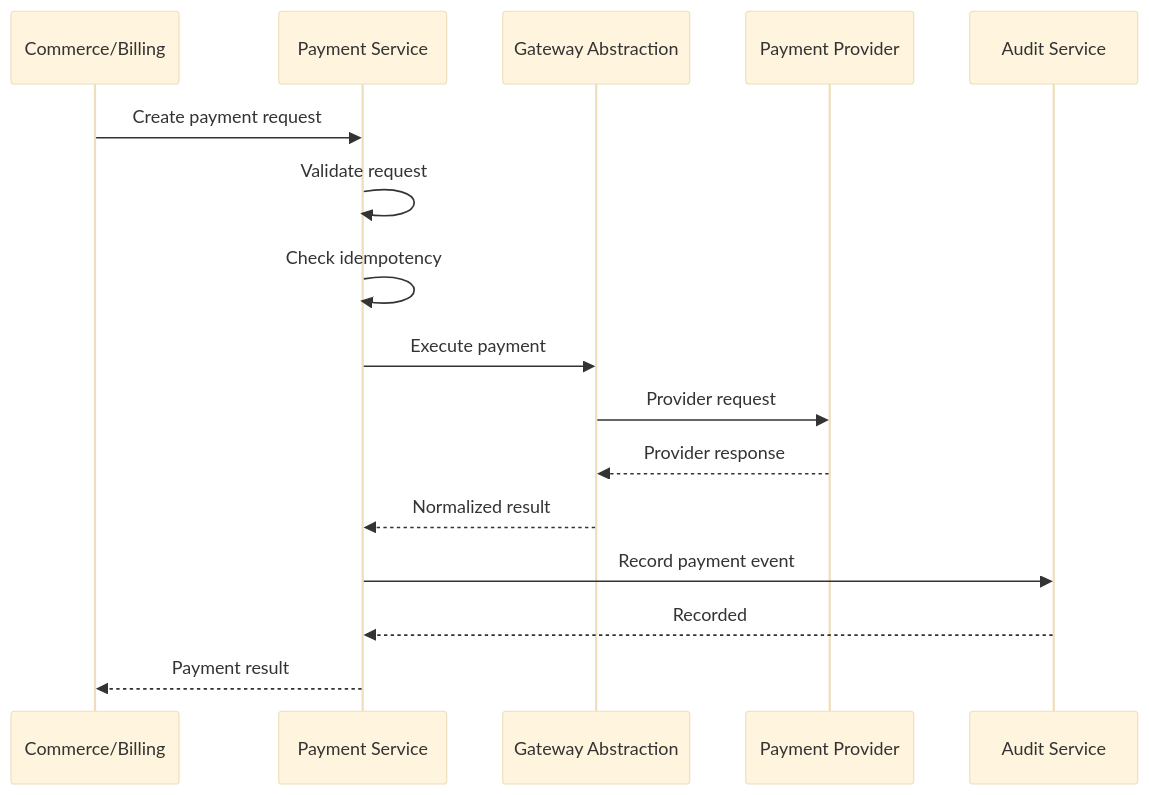
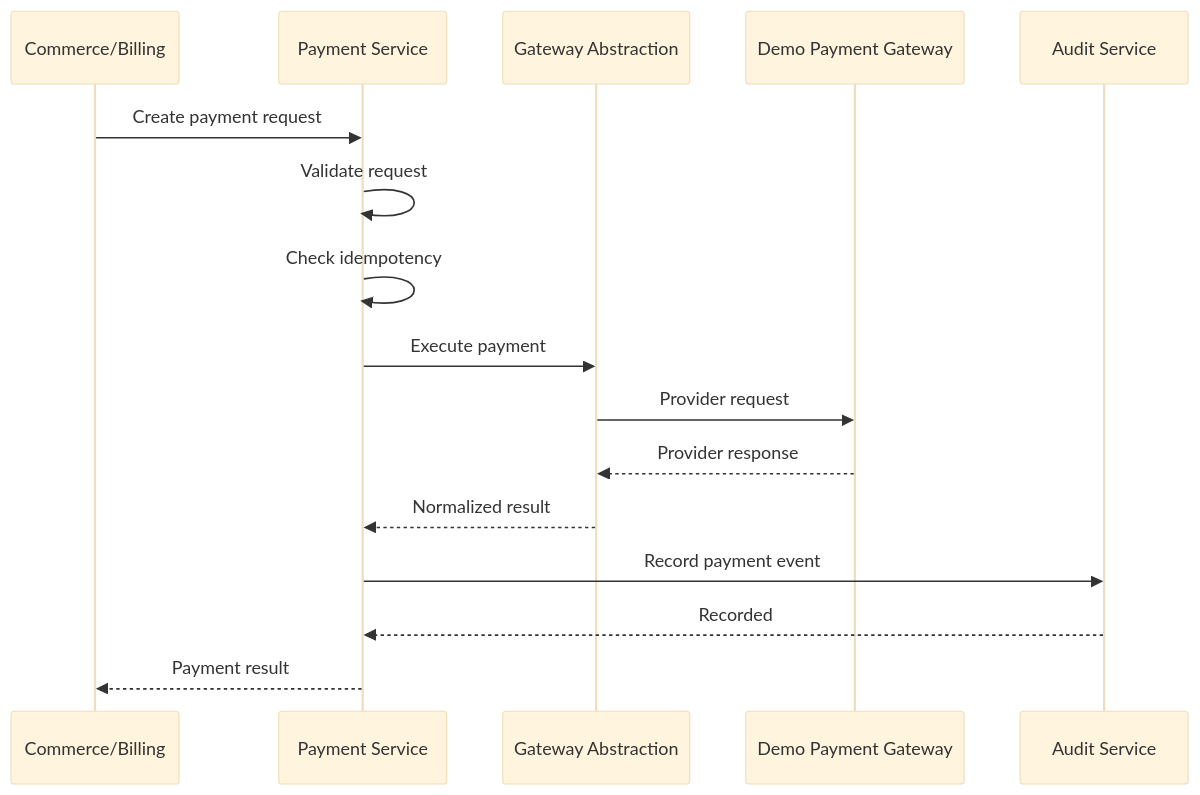
The diagram in 07 Engineering Artifacts/Sequence Diagrams/Payment Flow.md (hamzahaqqani/FluxDine-Architecture-Bible.), drawn with Mermaid (base theme) before and after one commit. The commit also changed other lines of this file and 16 other files, not shown here.

Commit message:
docs: define demo payment gateway architecture

````diff
--- a/07 Engineering Artifacts/Sequence Diagrams/Payment Flow.md
+++ b/07 Engineering Artifacts/Sequence Diagrams/Payment Flow.md
@@ -3,23 +3,23 @@
 ```mermaid
 sequenceDiagram
 
     participant Consumer as Commerce/Billing
     participant Payment as Payment Service
     participant Gateway as Gateway Abstraction
-    participant Provider as Payment Provider
+    participant Provider as Demo Payment Gateway
     participant Audit as Audit Service
 
     Consumer->>Payment: Create payment request
     Payment->>Payment: Validate request
     Payment->>Payment: Check idempotency
 
     Payment->>Gateway: Execute payment
     Gateway->>Provider: Provider request
     Provider-->>Gateway: Provider response
     Gateway-->>Payment: Normalized result
 
     Payment->>Audit: Record payment event
     Audit-->>Payment: Recorded
 
     Payment-->>Consumer: Payment result
 ```
````
